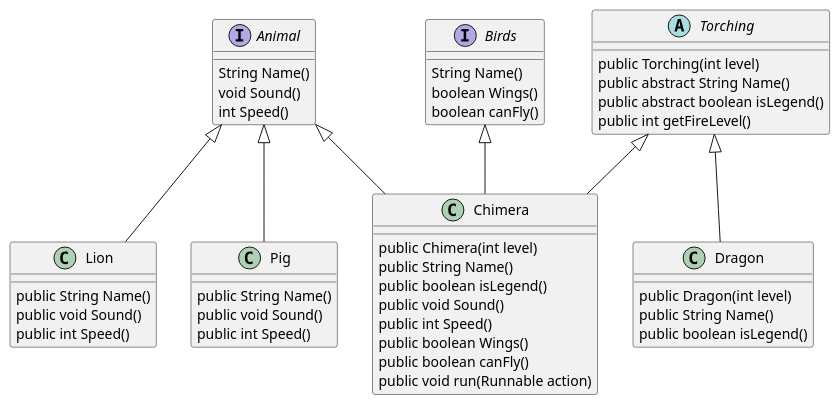
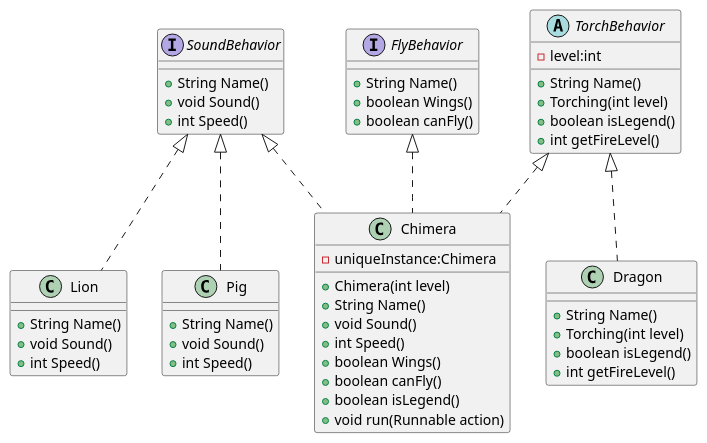
One commit to eric999j/Interface changed the diagram in src/Chimera.puml. Above: the diagram before and after it, drawn with PlantUML. The commit also changed 8 other files, not shown here.

Commit message:
Revise uml

```diff
--- a/src/Chimera.puml
+++ b/src/Chimera.puml
@@ -1,59 +1,62 @@
 @startuml
 'https://plantuml.com/class-diagram
 
-interface Animal {
-String Name()
-void Sound()
-int Speed()
+interface SoundBehavior {
++String Name()
++void Sound()
++int Speed()
 }
 
-interface Birds{
-String Name()
-boolean Wings()
-boolean canFly()
+interface FlyBehavior{
++String Name()
++boolean Wings()
++boolean canFly()
 }
 
-abstract class Torching{
-public Torching(int level)
-public abstract String Name()
-public abstract boolean isLegend()
-public int getFireLevel()
+abstract class TorchBehavior{
+- level:int
++String Name()
++Torching(int level)
++boolean isLegend()
++int getFireLevel()
 }
 
 class Lion{
-public String Name()
-public void Sound()
-public int Speed()
++String Name()
++void Sound()
++int Speed()
 }
 
 class Pig{
-public String Name()
-public void Sound()
-public int Speed()
++String Name()
++void Sound()
++int Speed()
 }
 
 class Dragon{
-public Dragon(int level)
-public String Name()
-public boolean isLegend()
++String Name()
++Torching(int level)
++boolean isLegend()
++int getFireLevel()
 }
 
 class Chimera{
-public Chimera(int level)
-public String Name()
-public boolean isLegend()
-public void Sound()
-public int Speed()
-public boolean Wings()
-public boolean canFly()
-public void run(Runnable action)
+- uniqueInstance:Chimera
++Chimera(int level)
++String Name()
++void Sound()
++int Speed()
++boolean Wings()
++boolean canFly()
++boolean isLegend()
++void run(Runnable action)
 }
 
-Animal <|-- Lion
-Animal <|--Pig
-Animal <|--Chimera
-Birds <|--Chimera
-Torching <|-- Dragon
-Torching <|-- Chimera
+SoundBehavior <|.. Lion
+SoundBehavior <|.. Pig
+SoundBehavior <|.. Chimera
+FlyBehavior <|.. Chimera
+TorchBehavior <|.. Dragon
+TorchBehavior <|.. Chimera
 
 @enduml
```
